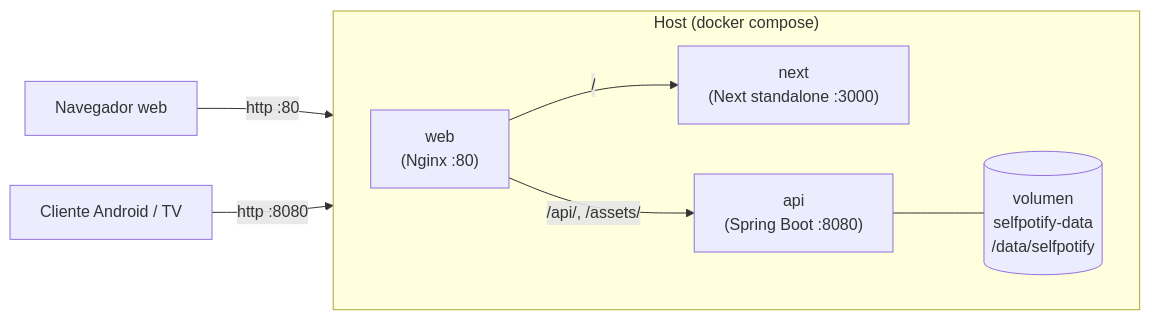
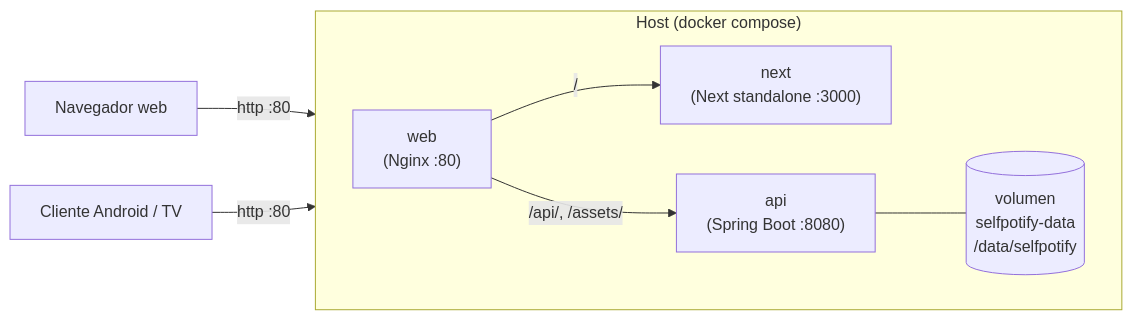
The third of 42 diagrams in README.md (conguchu/selfpotify), drawn with Mermaid before and after one commit. The commit also changed other lines of this file and 4 other files, not shown here.

````diff
--- a/README.md
+++ b/README.md
@@ -158,20 +158,20 @@
 ```mermaid
 flowchart LR
     Browser["Navegador web"]
     Mobile["Cliente Android / TV"]
 
     subgraph Host["Host (docker compose)"]
         direction LR
         Web["web<br/>(Nginx :80)"]
         Next["next<br/>(Next standalone :3000)"]
         Api["api<br/>(Spring Boot :8080)"]
         Vol[("volumen<br/>selfpotify-data<br/>/data/selfpotify")]
     end
 
     Browser -->|http :80| Web
-    Mobile -->|http :8080| Api
+    Mobile -->|http :80| Web
 
     Web -->|/| Next
     Web -->|/api/, /assets/| Api
     Api --- Vol
 ```
````
